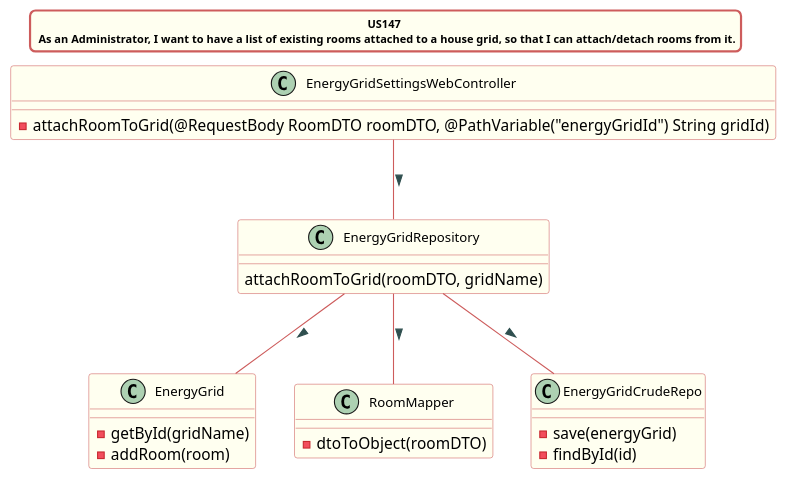
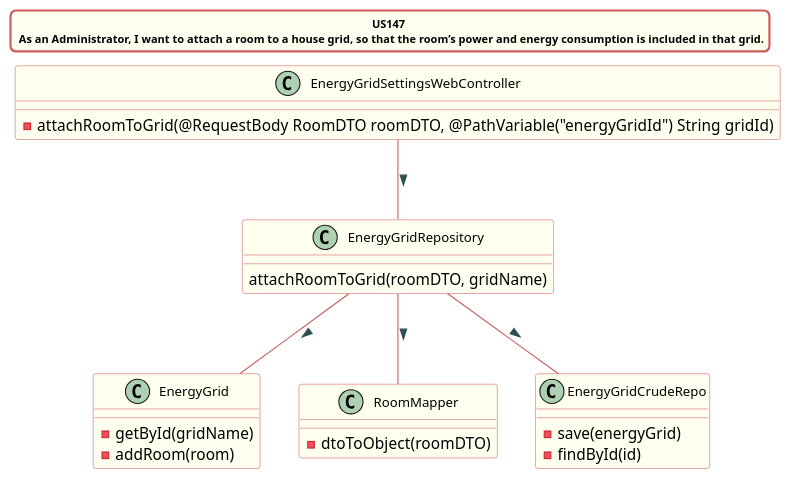
The diagram in src/doc/WEB_Controllers/EnergyGridSettings/US147/US147_cd_EnergyGridSettingsWebController.puml (Almadanmp/project), drawn with PlantUML before and after one commit. The commit also changed 1 other file, not shown here.

Commit message:
REF #344 REF #345 - Validations and UML corrections

```diff
--- a/src/doc/WEB_Controllers/EnergyGridSettings/US147/US147_cd_EnergyGridSettingsWebController.puml
+++ b/src/doc/WEB_Controllers/EnergyGridSettings/US147/US147_cd_EnergyGridSettingsWebController.puml
@@ -1,59 +1,59 @@
 @startuml
 
-title US147 \n As an Administrator, I want to have a list of existing rooms attached to a house grid, so that I can attach/detach rooms from it.
+title US147 \n As an Administrator, I want to attach a room to a house grid, so that the room’s power and energy consumption is included in that grid.
 skinparam titleBorderRoundCorner 10
 skinparam titleBorderThickness 2
 skinparam titleBorderColor indianred
 skinparam titleBackgroundColor ivory
 skinparam FontName verdana
 skinparam titleFontSize 10
 
 
 skinparam class {
   BorderColor indianred
   BackgroundColor indianred
   BackgroundColor ivory
    roundcorner 10
    ArrowFontName Verdana
    ArrowColor indianred
    ArrowFontColor darkslategrey
    FontSize 12
 }
 
 class EnergyGridSettingsWebController
 class EnergyGridRepository
 class EnergyGrid
 class RoomMapper
 class EnergyGridCrudeRepo
 
 EnergyGridSettingsWebController -- EnergyGridRepository : >
 EnergyGridRepository -- EnergyGrid : >
 EnergyGridRepository -- RoomMapper : >
 EnergyGridRepository -- EnergyGridCrudeRepo : >
 
 
 
 class EnergyGridSettingsWebController {
 -attachRoomToGrid(@RequestBody RoomDTO roomDTO, @PathVariable("energyGridId") String gridId)
 }
 
 class EnergyGridRepository{
 attachRoomToGrid(roomDTO, gridName)
 }
 
 class RoomMapper{
 -dtoToObject(roomDTO)
 }
 
 
 class EnergyGrid {
 - getById(gridName)
 - addRoom(room)
 }
 
 class EnergyGridCrudeRepo{
 - save(energyGrid)
 - findById(id)
 }
 
 @enduml
```
